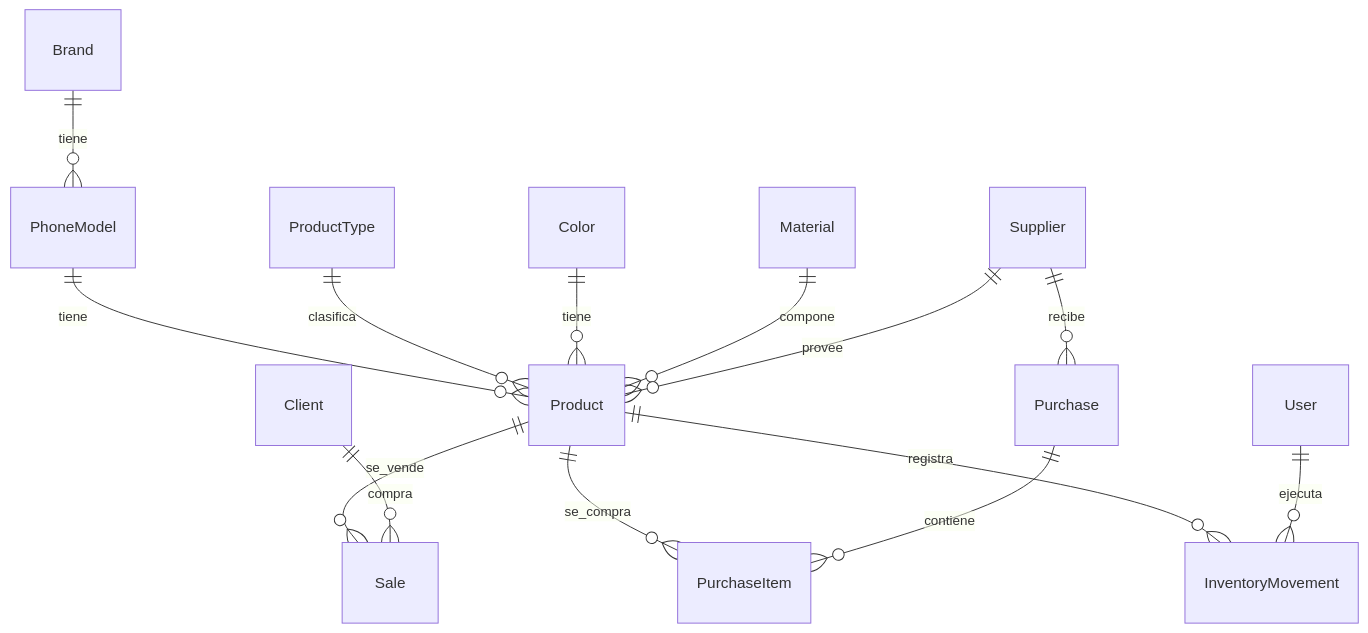
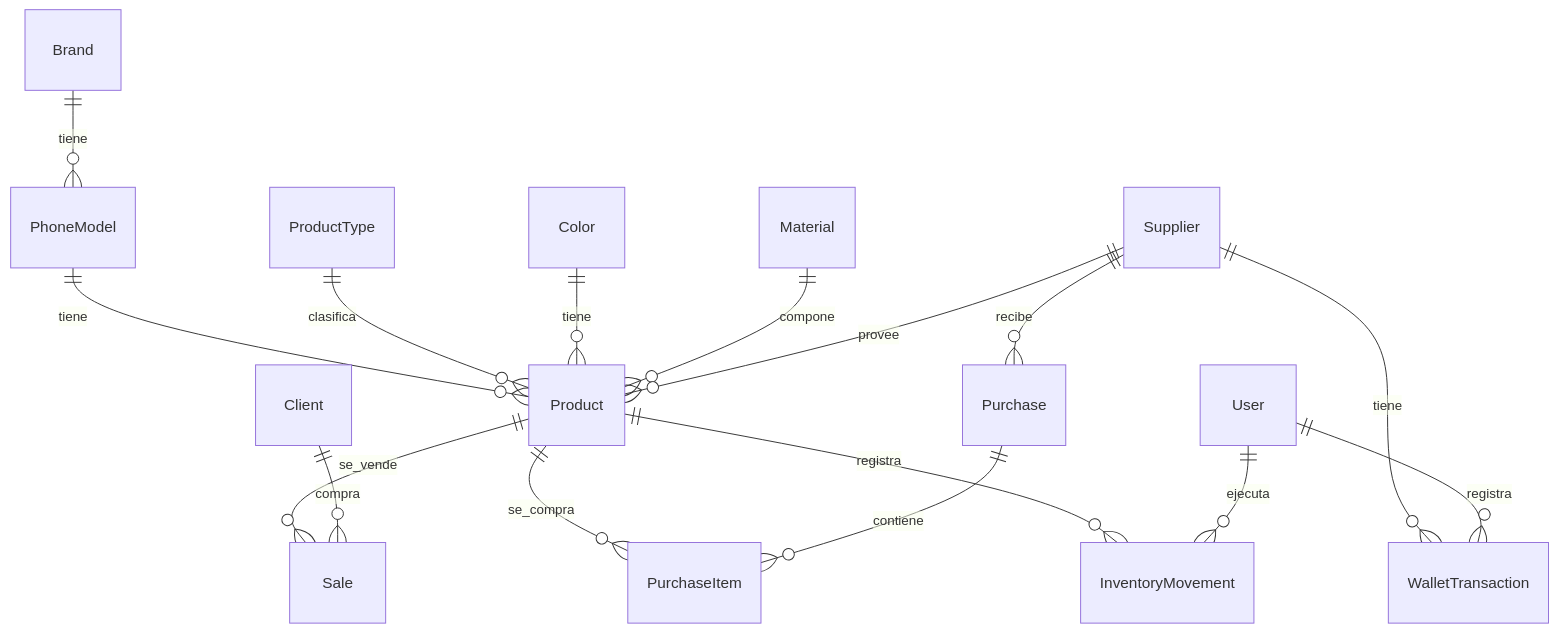
One commit to ludwingx/my-brain-obsidian changed the diagram in 02 - Projects/10 - Market GS/02 - Base de Datos/BaseDeDatos.md. Above: the diagram before and after it, drawn with Mermaid. The commit also changed other lines of this file and 47 other files, not shown here.

````diff
--- a/02 - Projects/10 - Market GS/02 - Base de Datos/BaseDeDatos.md
+++ b/02 - Projects/10 - Market GS/02 - Base de Datos/BaseDeDatos.md
@@ -9,16 +9,18 @@
 ```mermaid
 erDiagram
     Brand ||--o{ PhoneModel : tiene
     PhoneModel ||--o{ Product : tiene
     ProductType ||--o{ Product : clasifica
     Color ||--o{ Product : tiene
     Material ||--o{ Product : compone
     Supplier ||--o{ Product : provee
     Supplier ||--o{ Purchase : recibe
     Product ||--o{ Sale : se_vende
     Product ||--o{ PurchaseItem : se_compra
     Product ||--o{ InventoryMovement : registra
     Client ||--o{ Sale : compra
     Purchase ||--o{ PurchaseItem : contiene
     User ||--o{ InventoryMovement : ejecuta
+    Supplier ||--o{ WalletTransaction : tiene
+    User ||--o{ WalletTransaction : registra
 ```
````
